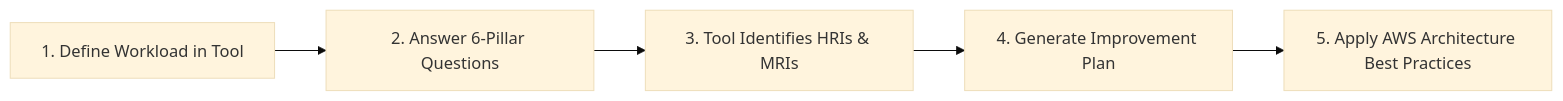
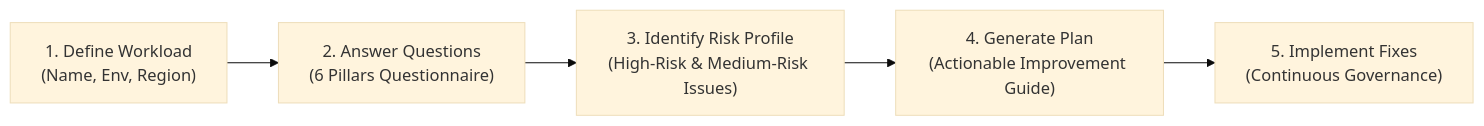
Before and after one commit to fakhruldeen/AWS: the third of 3 diagrams in Cloud/Practitioner/CLF-C02/06_Explanations/01_Cloud_Concepts/Well_Architected_Framework.md, drawn with Mermaid (base theme). The commit also changed other lines of this file and 18 other files, not shown here.

````diff
--- a/Cloud/Practitioner/CLF-C02/06_Explanations/01_Cloud_Concepts/Well_Architected_Framework.md
+++ b/Cloud/Practitioner/CLF-C02/06_Explanations/01_Cloud_Concepts/Well_Architected_Framework.md
@@ -139,7 +177,7 @@
 ```mermaid
 flowchart LR
-    Define["1. Define Workload in Tool"] --> Review["2. Answer 6-Pillar Questions"]
-    Review --> Identify["3. Tool Identifies HRIs & MRIs"]
-    Identify --> Plan["4. Generate Improvement Plan"]
-    Plan --> Remediate["5. Apply AWS Architecture Best Practices"]
+    Define["1. Define Workload<br/>(Name, Env, Region)"] --> Answer["2. Answer Questions<br/>(6 Pillars Questionnaire)"]
+    Answer --> Analyze["3. Identify Risk Profile<br/>(High-Risk & Medium-Risk Issues)"]
+    Analyze --> Report["4. Generate Plan<br/>(Actionable Improvement Guide)"]
+    Report --> Remediate["5. Implement Fixes<br/>(Continuous Governance)"]
 ```
````
